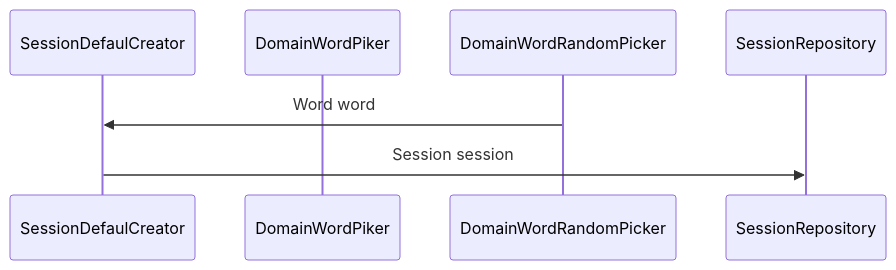
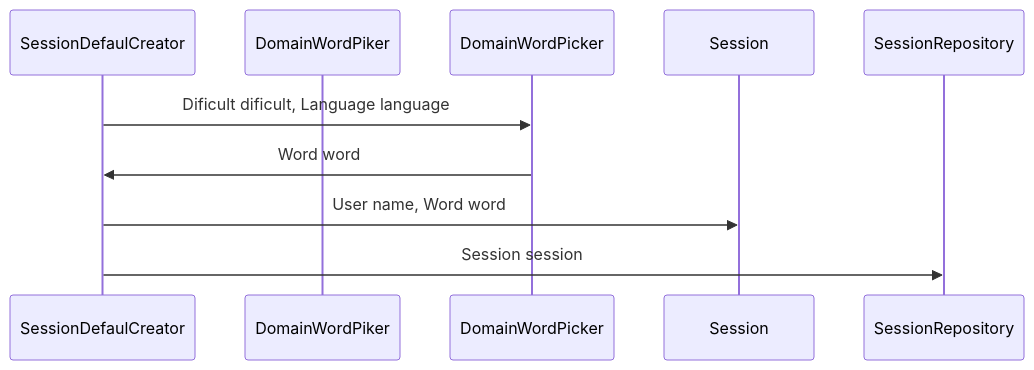
One commit to ezevillafae/hangman changed the diagram in docs/services/application/session-default-creator.md. Above: the diagram before and after it, drawn with Mermaid. The commit also changed 3 other files, not shown here.

`````diff
--- a/docs/services/application/session-default-creator.md
+++ b/docs/services/application/session-default-creator.md
@@ -10,7 +10,9 @@
 ````mermaid
 sequenceDiagram
     participant SessionDefaulCreator
     participant DomainWordPiker
-    DomainWordRandomPicker ->>  SessionDefaulCreator: Word word
+    SessionDefaulCreator ->> DomainWordPicker: Dificult dificult, Language language
+    DomainWordPicker ->> SessionDefaulCreator: Word word
+    SessionDefaulCreator ->> Session: User name, Word word
     SessionDefaulCreator ->> SessionRepository: Session session
 ````
`````
